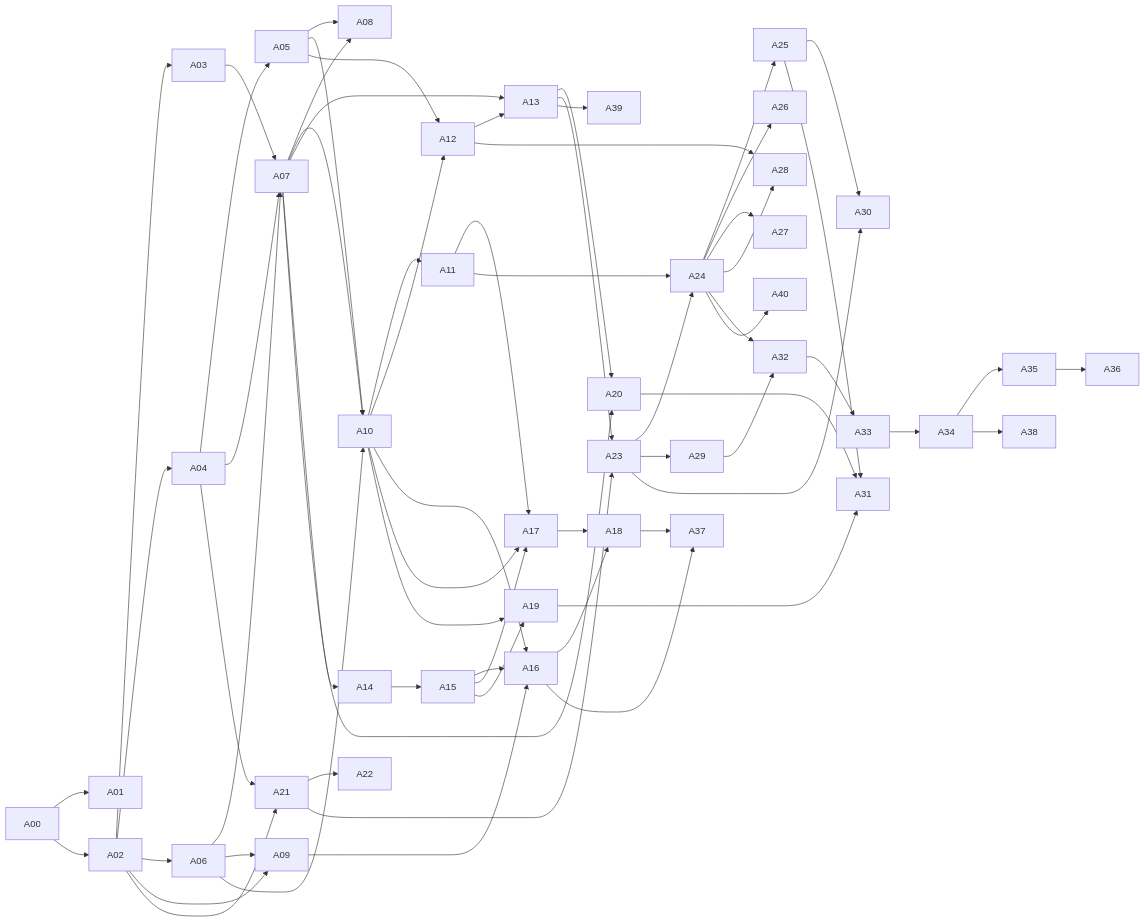
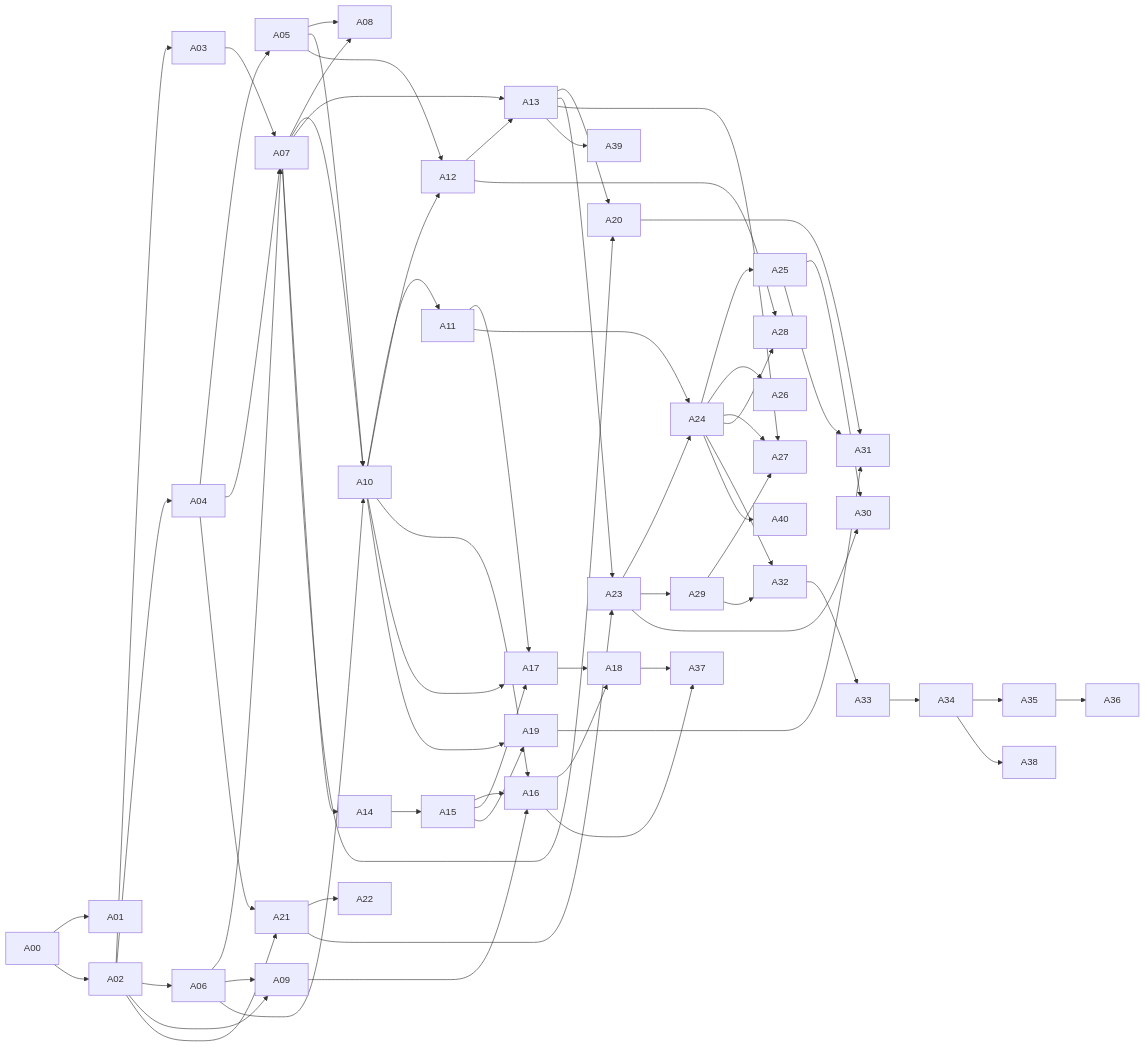
The diagram in docs/10-claude-code/04-asama-haritasi.md (karasaid379-hue/mutalaa), drawn with Mermaid before and after one commit. The commit also changed other lines of this file and 35 other files, not shown here.

````diff
--- a/docs/10-claude-code/04-asama-haritasi.md
+++ b/docs/10-claude-code/04-asama-haritasi.md
@@ -58,64 +58,66 @@
 ```mermaid
 flowchart LR
   A00 --> A01
   A00 --> A02
   A02 --> A03
   A02 --> A04 --> A05
   A02 --> A06
   A03 --> A07
   A04 --> A07
   A06 --> A07
   A05 --> A08
   A07 --> A08
   A02 --> A09
   A06 --> A09
   A05 --> A10
   A06 --> A10
   A07 --> A10
   A10 --> A11
   A10 --> A12
   A05 --> A12
   A07 --> A13
   A12 --> A13
   A07 --> A14 --> A15
   A09 --> A16
   A10 --> A16
   A15 --> A16
   A10 --> A17
   A11 --> A17
   A15 --> A17
   A16 --> A18
   A17 --> A18
   A10 --> A19
   A15 --> A19
   A07 --> A20
   A13 --> A20
   A04 --> A21
   A02 --> A21
   A21 --> A22
   A21 --> A23
   A13 --> A23
   A23 --> A24
   A11 --> A24
   A24 --> A25
   A24 --> A26
   A24 --> A27
+  A13 --> A27
+  A29 --> A27
   A24 --> A28
   A12 --> A28
   A23 --> A29
   A23 --> A30
   A25 --> A30
   A25 --> A31
   A19 --> A31
   A20 --> A31
   A24 --> A32
   A29 --> A32
   A32 --> A33
   A33 --> A34
   A34 --> A35 --> A36
   A16 --> A37
   A18 --> A37
   A34 --> A38
   A13 --> A39
   A24 --> A40
 ```
````
